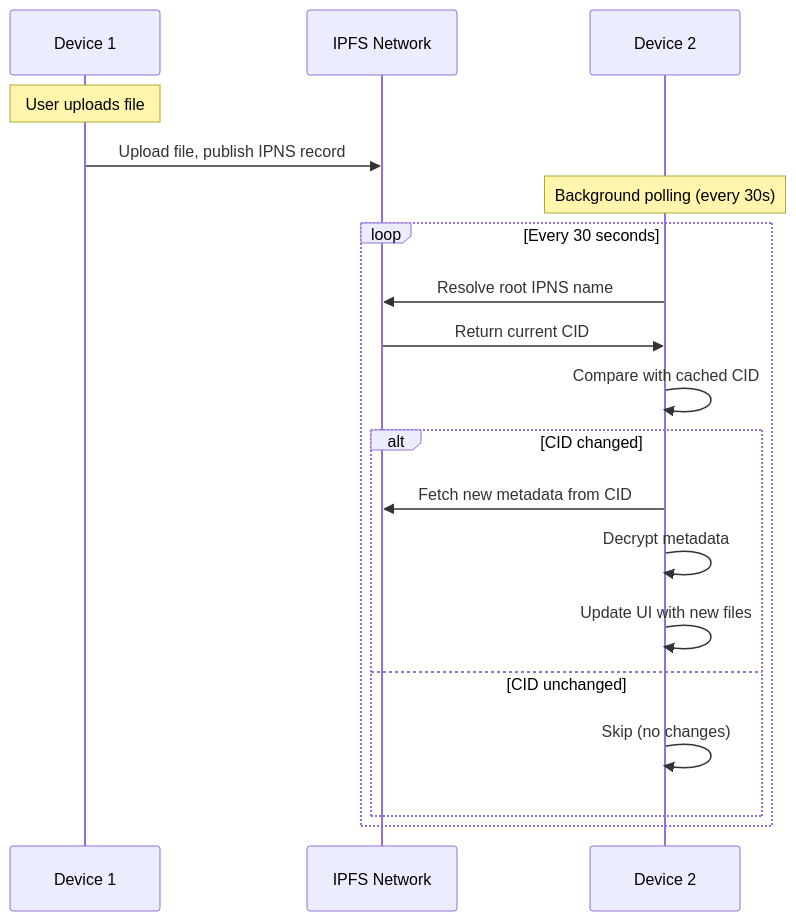
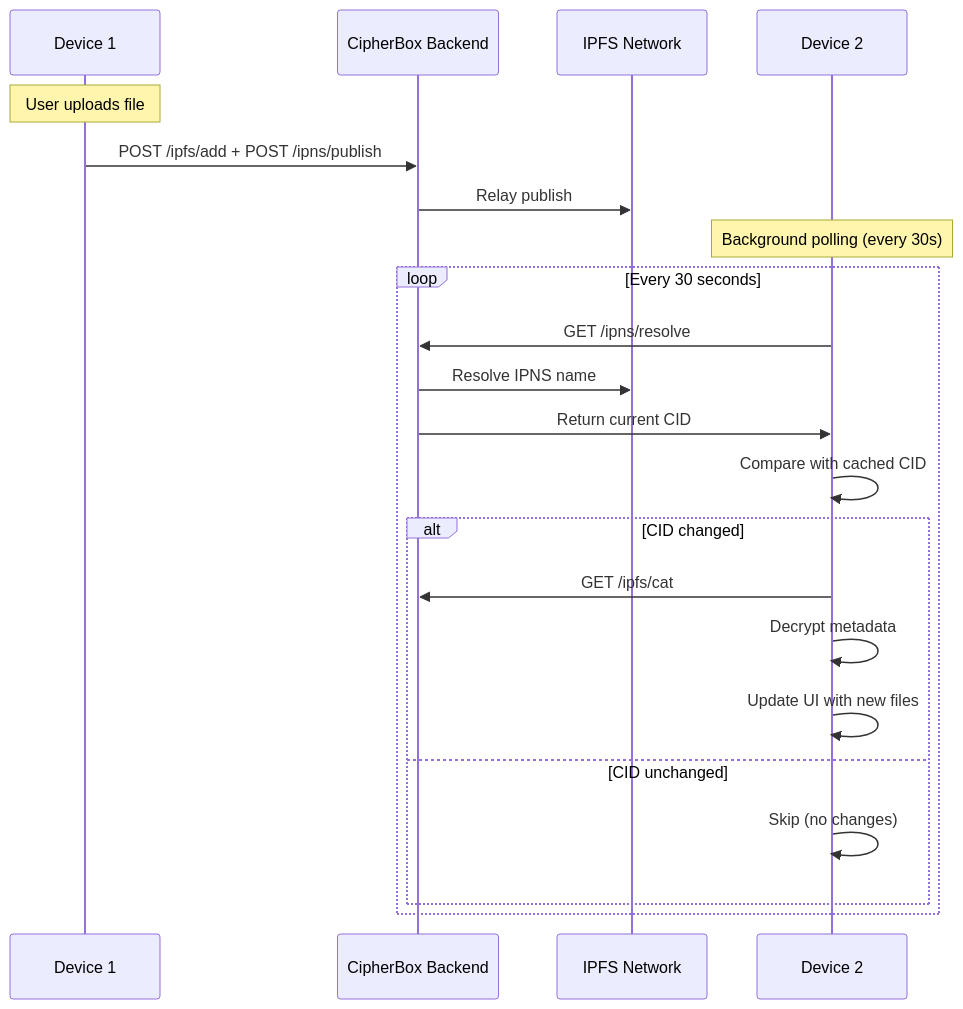
One commit to FSM1/cipher-box changed the sixth of 14 diagrams in Documentation/DATA_FLOWS.md. Above: the diagram before and after it, drawn with Mermaid. The commit also changed other lines of this file and 7 other files, not shown here.

Commit message:
bump version to 1.8.1 and update documentation for IPFS/IPNS relay integration

````diff
--- a/Documentation/DATA_FLOWS.md
+++ b/Documentation/DATA_FLOWS.md
@@ -230,24 +235,27 @@
 ```mermaid
 sequenceDiagram
     participant D1 as Device 1
-    participant IPFS as IPFS Network
+  participant B as CipherBox Backend
+  participant IPFS as IPFS Network
     participant D2 as Device 2
     
     Note over D1: User uploads file
-    D1->>IPFS: Upload file, publish IPNS record
+  D1->>B: POST /ipfs/add + POST /ipns/publish
+  B->>IPFS: Relay publish
     
     Note over D2: Background polling (every 30s)
     loop Every 30 seconds
-        D2->>IPFS: Resolve root IPNS name
-        IPFS->>D2: Return current CID
+      D2->>B: GET /ipns/resolve
+      B->>IPFS: Resolve IPNS name
+      B->>D2: Return current CID
         D2->>D2: Compare with cached CID
         
         alt CID changed
-            D2->>IPFS: Fetch new metadata from CID
+        D2->>B: GET /ipfs/cat
             D2->>D2: Decrypt metadata
             D2->>D2: Update UI with new files
         else CID unchanged
             D2->>D2: Skip (no changes)
         end
     end
 ```
````
